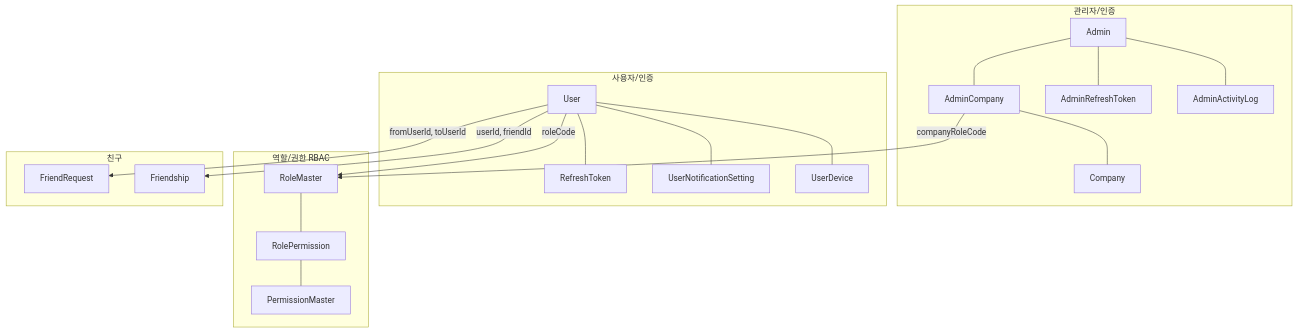
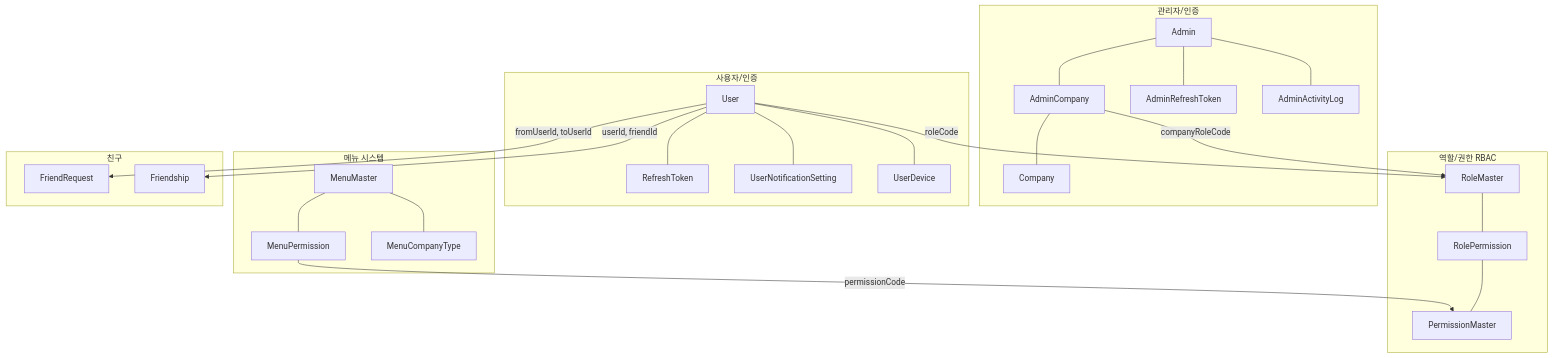
One commit to uniyous/parkgolf-platform changed the second of 24 diagrams in docs/DATABASE_ERD.md. Above: the diagram before and after it, drawn with Mermaid. The commit also changed other lines of this file and 4 other files, not shown here.

First line of the commit message:
chore: 시드 데이터 보강, 슬롯 생성 스크립트, ERD 문서 업데이트

````diff
--- a/docs/DATABASE_ERD.md
+++ b/docs/DATABASE_ERD.md
@@ -68,40 +78,49 @@
 ```mermaid
 flowchart TB
     subgraph admin["관리자/인증"]
         A_Admin["Admin"]
         A_Company["Company"]
         A_AdminCompany["AdminCompany"]
         A_AdminRefreshToken["AdminRefreshToken"]
         A_AdminActivityLog["AdminActivityLog"]
         A_Admin --- A_AdminCompany --- A_Company
         A_Admin --- A_AdminRefreshToken
         A_Admin --- A_AdminActivityLog
     end
 
     subgraph user["사용자/인증"]
         U_User["User"]
         U_RefreshToken["RefreshToken"]
         U_NotifSetting["UserNotificationSetting"]
         U_Device["UserDevice"]
         U_User --- U_RefreshToken
         U_User --- U_NotifSetting
         U_User --- U_Device
     end
 
     subgraph rbac["역할/권한 RBAC"]
         R_Role["RoleMaster"]
         R_Permission["PermissionMaster"]
         R_RolePermission["RolePermission"]
         R_Role --- R_RolePermission --- R_Permission
     end
 
+    subgraph menu["메뉴 시스템"]
+        M_Menu["MenuMaster"]
+        M_MenuPerm["MenuPermission"]
+        M_MenuCompType["MenuCompanyType"]
+        M_Menu --- M_MenuPerm
+        M_Menu --- M_MenuCompType
+    end
+
     subgraph friend["친구"]
         F_Request["FriendRequest"]
         F_Ship["Friendship"]
     end
 
     A_AdminCompany -->|companyRoleCode| R_Role
     U_User -->|roleCode| R_Role
     U_User -->|fromUserId, toUserId| F_Request
     U_User -->|userId, friendId| F_Ship
+    M_MenuPerm -->|permissionCode| R_Permission
 ```
````
